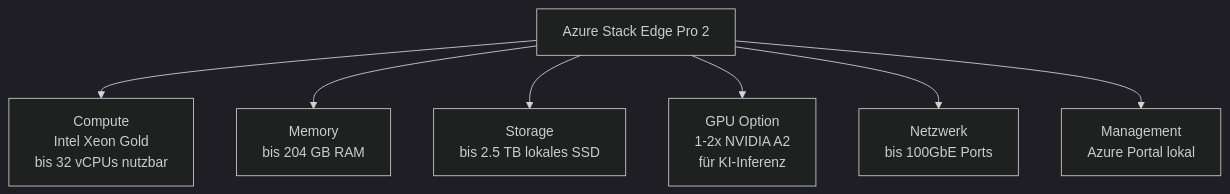
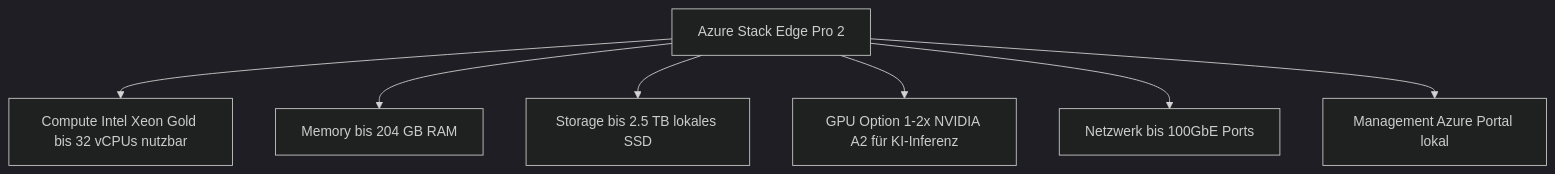
The second of 12 diagrams in Microsoft 365/Azure/Arc/Azure Stack Edge.md (SoniiiT/notes-n-docs), drawn with Mermaid (dark theme) before and after one commit. The commit also changed other lines of this file and 124 other files, not shown here.

First line of the commit message:
fix: Entferne \n aus allen Mermaid-Diagrammen (125 Dateien)

````diff
--- a/Microsoft 365/Azure/Arc/Azure Stack Edge.md
+++ b/Microsoft 365/Azure/Arc/Azure Stack Edge.md
@@ -71,17 +71,17 @@
 ```mermaid
 graph TD
     PRO2[Azure Stack Edge Pro 2]
-    COMPUTE[Compute\nIntel Xeon Gold\nbis 32 vCPUs nutzbar]
-    MEMORY[Memory\nbis 204 GB RAM]
-    STORAGE[Storage\nbis 2.5 TB lokales SSD]
-    GPU_OPT[GPU Option\n1-2x NVIDIA A2\nfür KI-Inferenz]
-    NETWORK[Netzwerk\nbis 100GbE Ports]
-    MGMT[Management\nAzure Portal lokal]
+    COMPUTE[Compute Intel Xeon Gold bis 32 vCPUs nutzbar]
+    MEMORY[Memory bis 204 GB RAM]
+    STORAGE[Storage bis 2.5 TB lokales SSD]
+    GPU_OPT[GPU Option 1-2x NVIDIA A2 für KI-Inferenz]
+    NETWORK[Netzwerk bis 100GbE Ports]
+    MGMT[Management Azure Portal lokal]
 
     PRO2 --> COMPUTE
     PRO2 --> MEMORY
     PRO2 --> STORAGE
     PRO2 --> GPU_OPT
     PRO2 --> NETWORK
     PRO2 --> MGMT
 ```
````
